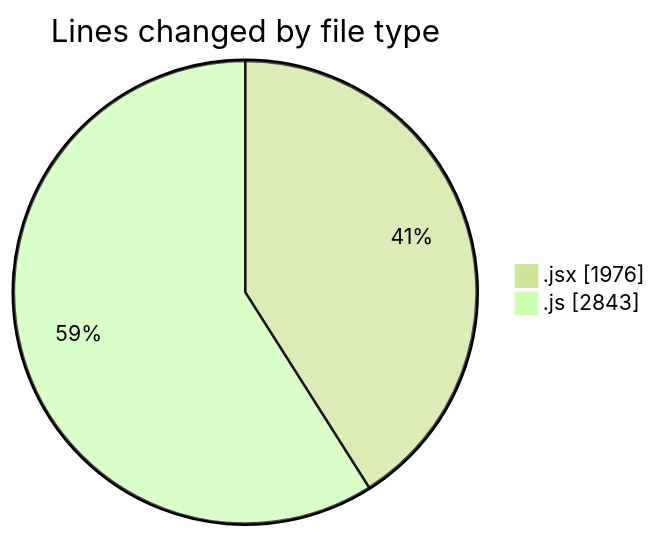
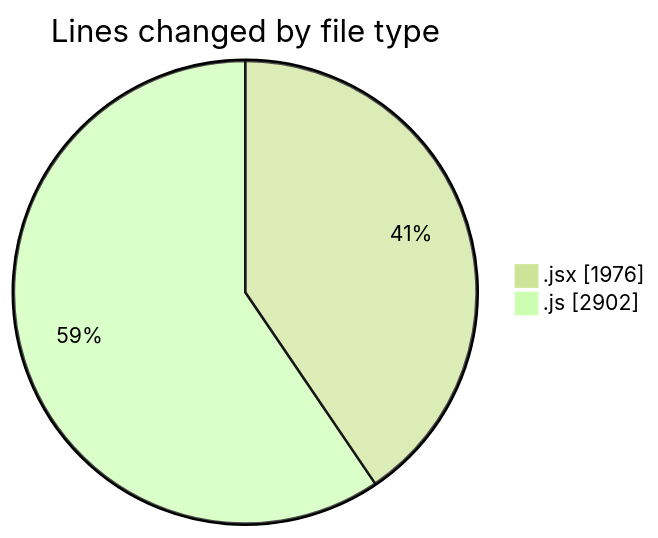
One commit to nxtqubesakshisongat/code-tracking changed the first of 2 diagrams in 2025-11-07/nxtqube_webapp/README.md. Above: the diagram before and after it, drawn with Mermaid (forest theme). The commit also changed other lines of this file and 1 other file, not shown here.

````diff
--- a/2025-11-07/nxtqube_webapp/README.md
+++ b/2025-11-07/nxtqube_webapp/README.md
@@ -27,6 +28,6 @@
 ```mermaid
 pie showData
 title Lines changed by file type
 ".jsx" : 1976
-".js" : 2843
+".js" : 2902
 ```
````
